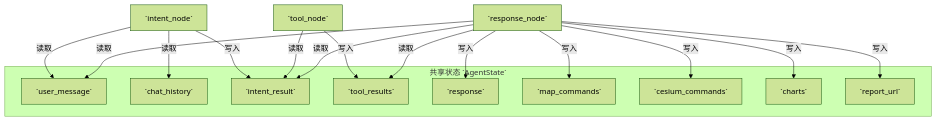
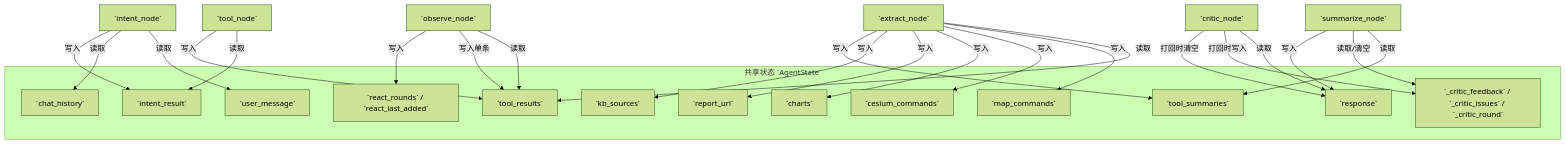
The fifth of 7 diagrams in backend/agents/LangGraph节点状态说明.md (PotatoH-cmd/Smart_Map), drawn with Mermaid (forest theme) before and after one commit. The commit also changed other lines of this file and 163 other files, not shown here.

````diff
--- a/backend/agents/LangGraph节点状态说明.md
+++ b/backend/agents/LangGraph节点状态说明.md
@@ -640,30 +674,45 @@
 ```mermaid
 flowchart TB
     subgraph S[共享状态 `AgentState`]
         U[`user_message`]
         H[`chat_history`]
         I[`intent_result`]
         T[`tool_results`]
+        TS[`tool_summaries`]
         R[`response`]
         M[`map_commands`]
         C[`cesium_commands`]
         CH[`charts`]
         P[`report_url`]
+        KS[`kb_sources`]
+        RR[`react_rounds` / `react_last_added`]
+        CF[`_critic_feedback` / `_critic_issues` / `_critic_round`]
     end
 
     N1[`intent_node`] -->|读取| U
     N1 -->|读取| H
     N1 -->|写入| I
 
     N2[`tool_node`] -->|读取| I
     N2 -->|写入| T
 
-    N3[`response_node`] -->|读取| U
-    N3 -->|读取| I
-    N3 -->|读取| T
-    N3 -->|写入| R
+    N4[`observe_node`] -->|读取| T
+    N4 -->|写入单条| T
+    N4 -->|写入| RR
+
+    N3[`extract_node`] -->|读取| T
     N3 -->|写入| M
     N3 -->|写入| C
     N3 -->|写入| CH
     N3 -->|写入| P
+    N3 -->|写入| KS
+    N3 -->|写入| TS
+
+    N5[`summarize_node`] -->|读取| TS
+    N5 -->|读取/清空| CF
+    N5 -->|写入| R
+
+    N6[`critic_node`] -->|读取| R
+    N6 -->|打回时写入| CF
+    N6 -->|打回时清空| R
 ```
````
